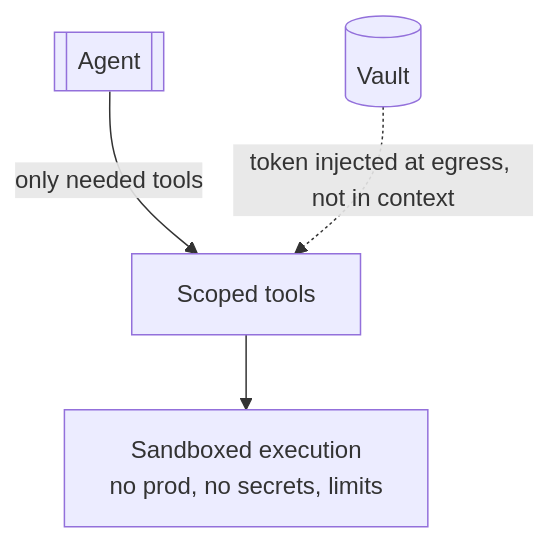
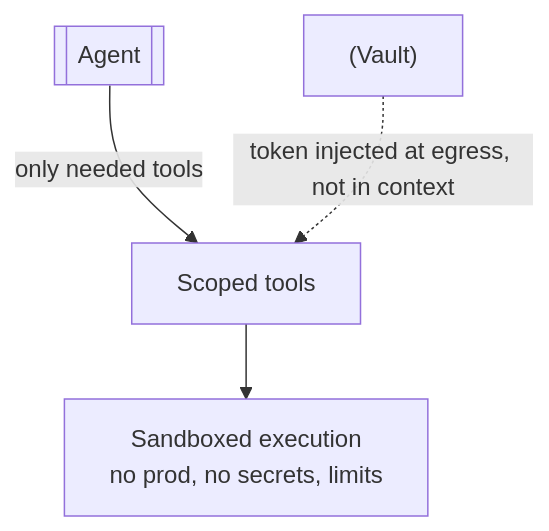
Before and after one commit to pankajThakur1874/studysheet: the fourth of 6 diagrams in files/Agentic-AI/16-guardrails-safety-security.md, drawn with Mermaid. The commit also changed other lines of this file and 102 other files, not shown here.

Commit message:
Auto-fix Mermaid diagram syntax across all study guides to prevent Syntax Error in Mermaid v10

````diff
--- a/files/Agentic-AI/16-guardrails-safety-security.md
+++ b/files/Agentic-AI/16-guardrails-safety-security.md
@@ -86,6 +86,6 @@
 ```mermaid
 flowchart TD
     A[[Agent]] -->|only needed tools| T[Scoped tools]
-    T --> SB[Sandboxed execution<br/>no prod, no secrets, limits]
-    V[(Vault)] -.token injected at egress, not in context.-> T
+    T --> SB["Sandboxed execution<br/>no prod, no secrets, limits"]
+    V["(Vault)"] -.token injected at egress, not in context.-> T
 ```
````
